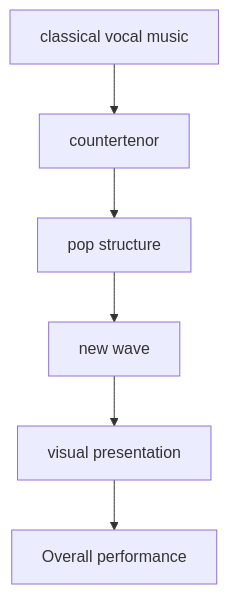
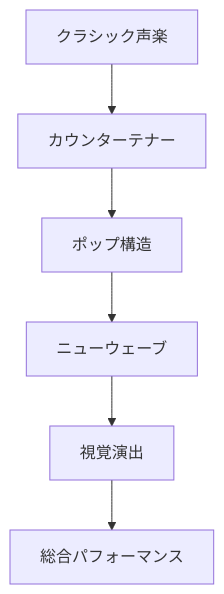
The third of 3 diagrams in en/_posts/2026-04-11-column-klaus-nomi.md (monumental-movement/monumental-movement.github.io), drawn with Mermaid before and after one commit. The commit also changed other lines of this file and 2196 other files, not shown here.

```diff
--- a/en/_posts/2026-04-11-column-klaus-nomi.md
+++ b/en/_posts/2026-04-11-column-klaus-nomi.md
@@ -239,8 +238,8 @@
 <div class="mermaid">
 flowchart TD
-A[classical vocal music] --> B[countertenor]
-B --> C[pop structure]
-C --> D[new wave]
-D --> E[visual presentation]
-E --> F[Overall performance]
+A[クラシック声楽] --> B[カウンターテナー]
+B --> C[ポップ構造]
+C --> D[ニューウェーブ]
+D --> E[視覚演出]
+E --> F[総合パフォーマンス]
 </div>
```
